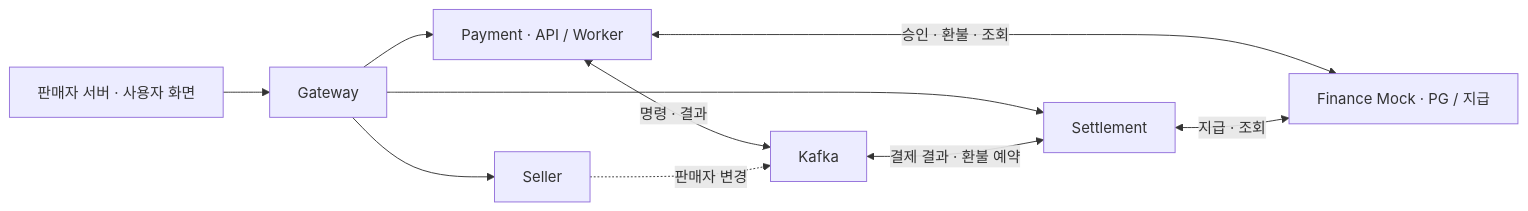
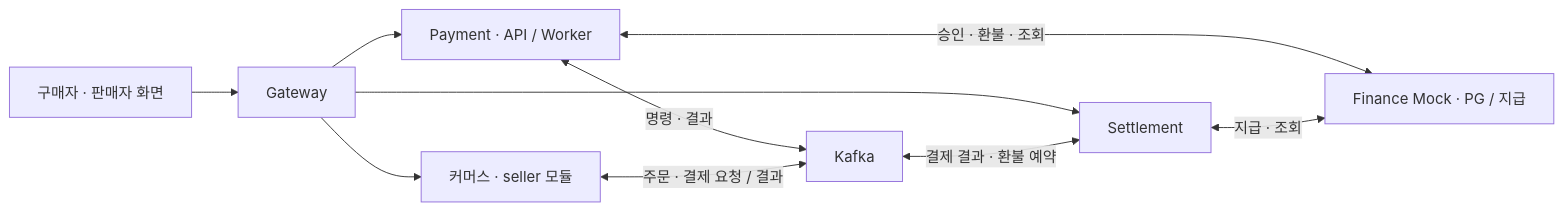
The diagram in README.md (500-internal-server-error-team/commerce-settle), drawn with Mermaid before and after one commit. The commit also changed other lines of this file and 5 other files, not shown here.

First line of the commit message:
docs(project): 구매자·판매자 계정과 주문 흐름 정리

````diff
--- a/README.md
+++ b/README.md
@@ -21,12 +27,12 @@
 ```mermaid
 flowchart LR
-    C["판매자 서버 · 사용자 화면"] --> G["Gateway"]
-    G --> S["Seller"]
+    C["구매자 · 판매자 화면"] --> G["Gateway"]
+    G --> S["커머스 · seller 모듈"]
     G --> P["Payment · API / Worker"]
     G --> T["Settlement"]
     P <-->|"명령 · 결과"| K["Kafka"]
     K <-->|"결제 결과 · 환불 예약"| T
-    S -. "판매자 변경" .-> K
+    S <-->|"주문 · 결제 요청 / 결과"| K
     P <-->|"승인 · 환불 · 조회"| M["Finance Mock · PG / 지급"]
     T <-->|"지급 · 조회"| M
 ```
````
